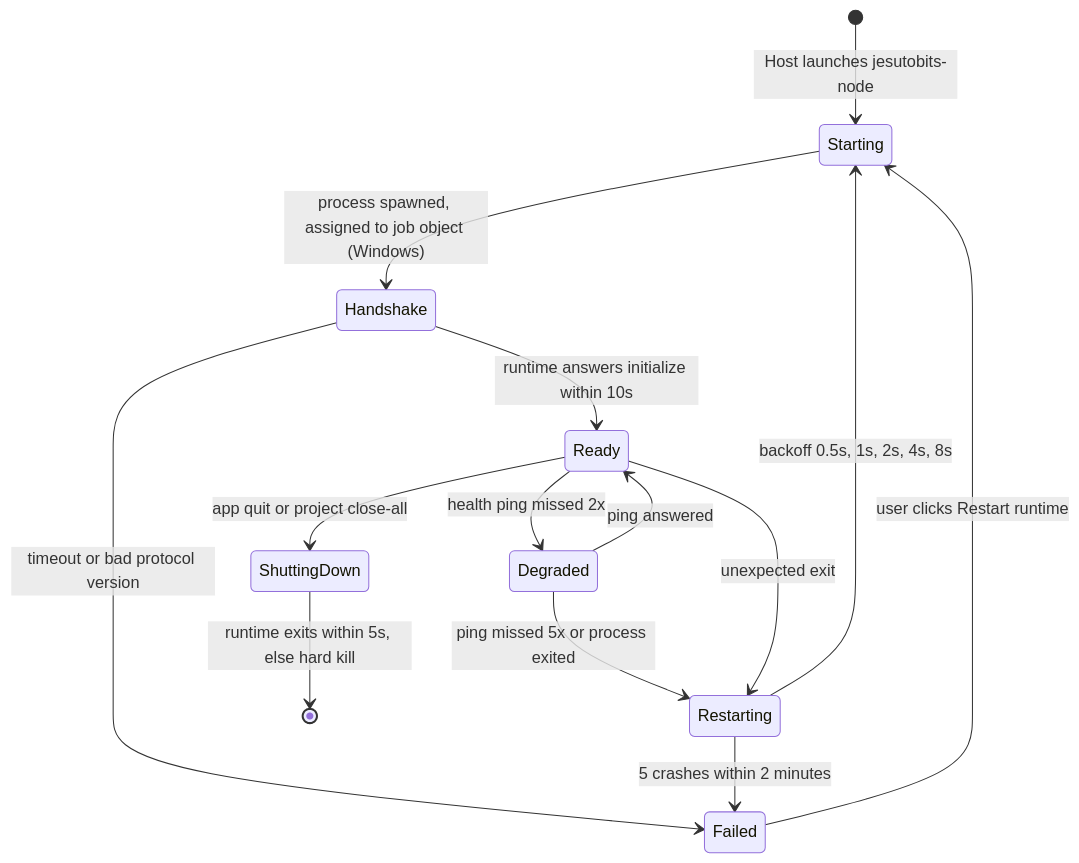
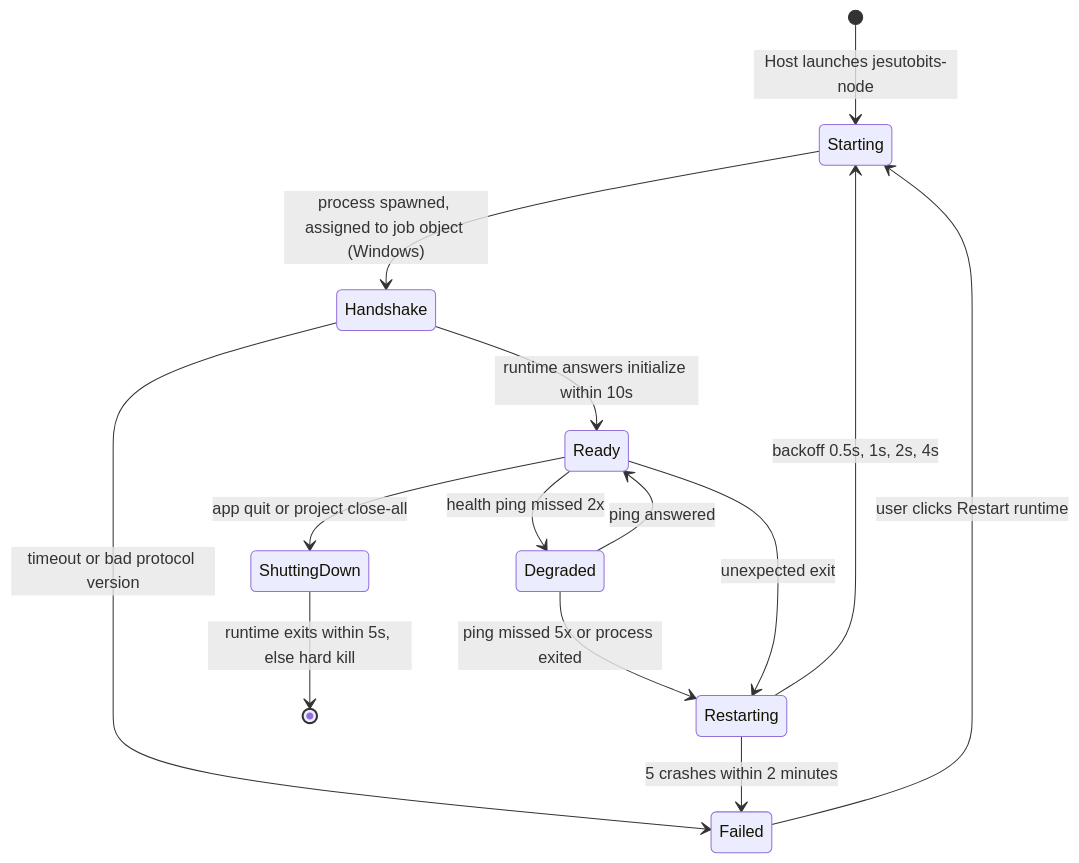
The diagram in docs/DECISIONS/0002-node-runtime-sidecar.md (divinefavourak/jesutobits), drawn with Mermaid before and after one commit. The commit also changed other lines of this file and 16 other files, not shown here.

````diff
--- a/docs/DECISIONS/0002-node-runtime-sidecar.md
+++ b/docs/DECISIONS/0002-node-runtime-sidecar.md
@@ -27,16 +27,16 @@
 ```mermaid
 stateDiagram-v2
     [*] --> Starting: Host launches jesutobits-node
     Starting --> Handshake: process spawned, assigned to job object (Windows)
     Handshake --> Ready: runtime answers initialize within 10s
     Handshake --> Failed: timeout or bad protocol version
     Ready --> Degraded: health ping missed 2x
     Degraded --> Ready: ping answered
     Degraded --> Restarting: ping missed 5x or process exited
     Ready --> Restarting: unexpected exit
-    Restarting --> Starting: backoff 0.5s, 1s, 2s, 4s, 8s
+    Restarting --> Starting: backoff 0.5s, 1s, 2s, 4s
     Restarting --> Failed: 5 crashes within 2 minutes
     Ready --> ShuttingDown: app quit or project close-all
     ShuttingDown --> [*]: runtime exits within 5s, else hard kill
     Failed --> Starting: user clicks Restart runtime
 ```
````
